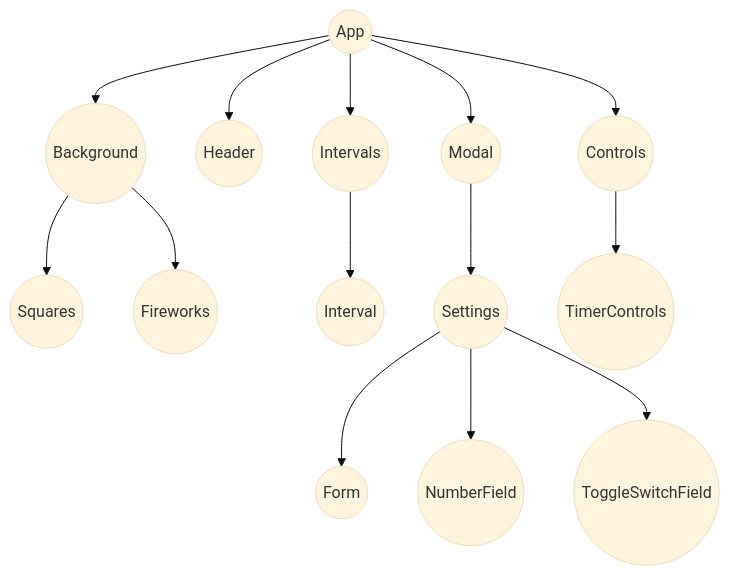
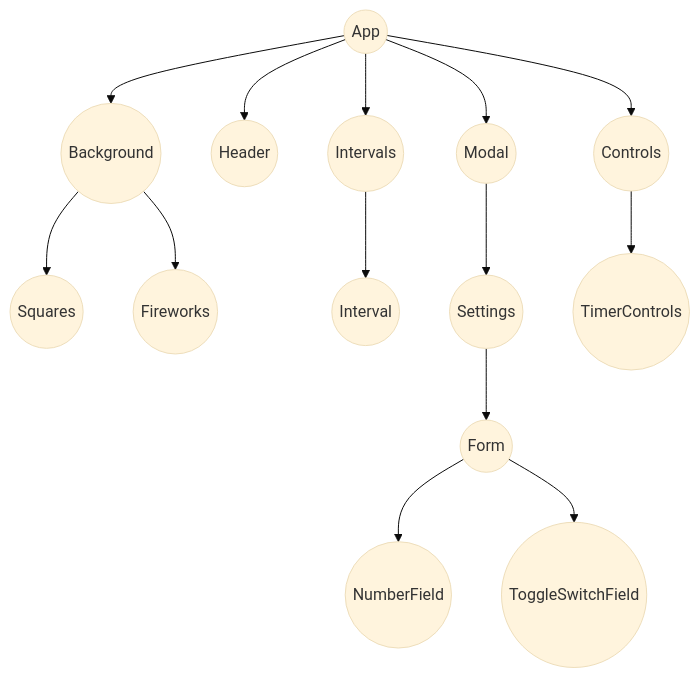
The diagram in README.md (ingadi/pomodoro-timer), drawn with Mermaid (base theme) before and after one commit.

Commit message:
chore: readme - component tree

````diff
--- a/README.md
+++ b/README.md
@@ -32,16 +32,16 @@
 ```mermaid
 graph TB
 A((App))-->B((Background))
 A-->C((Header))
 A-->D((Intervals))
 A-->E((Modal))
 A-->F((Controls))
 B-->G((Squares))
 B-->H((Fireworks))
 D-->I((Interval))
 E-->J((Settings))
 J-->K((Form))
-J-->L((NumberField))
-J-->M((ToggleSwitchField))
+K-->L((NumberField))
+K-->M((ToggleSwitchField))
 F-->N((TimerControls))
 ```
````
